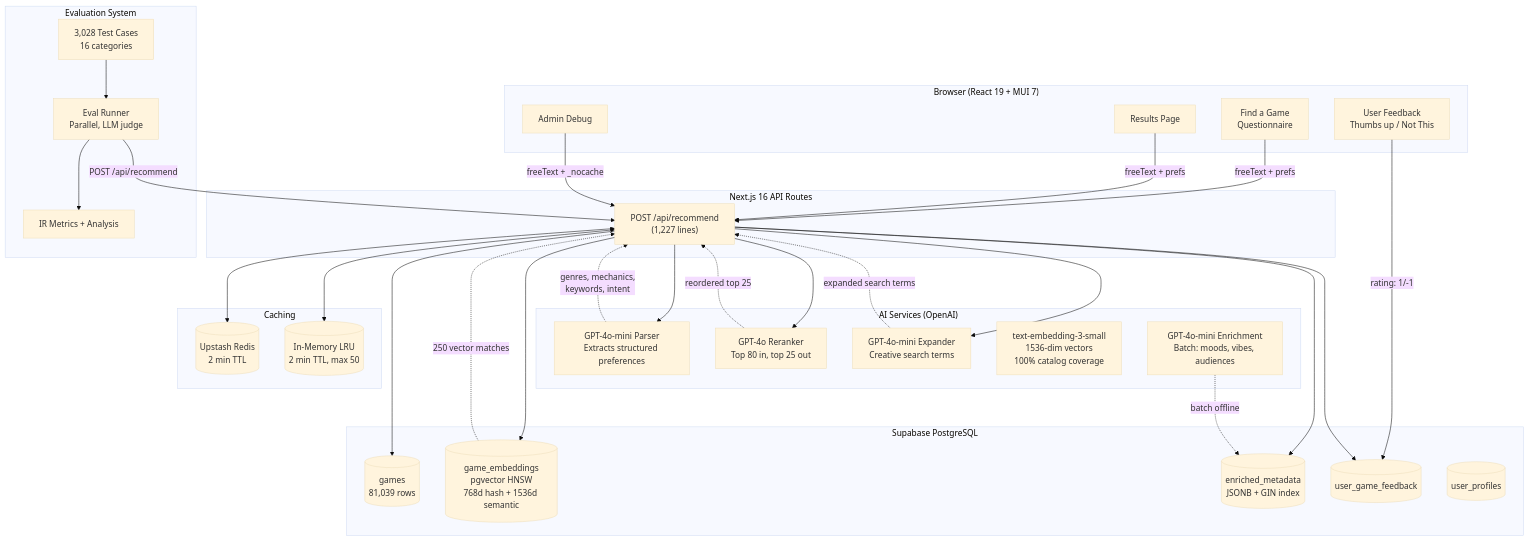
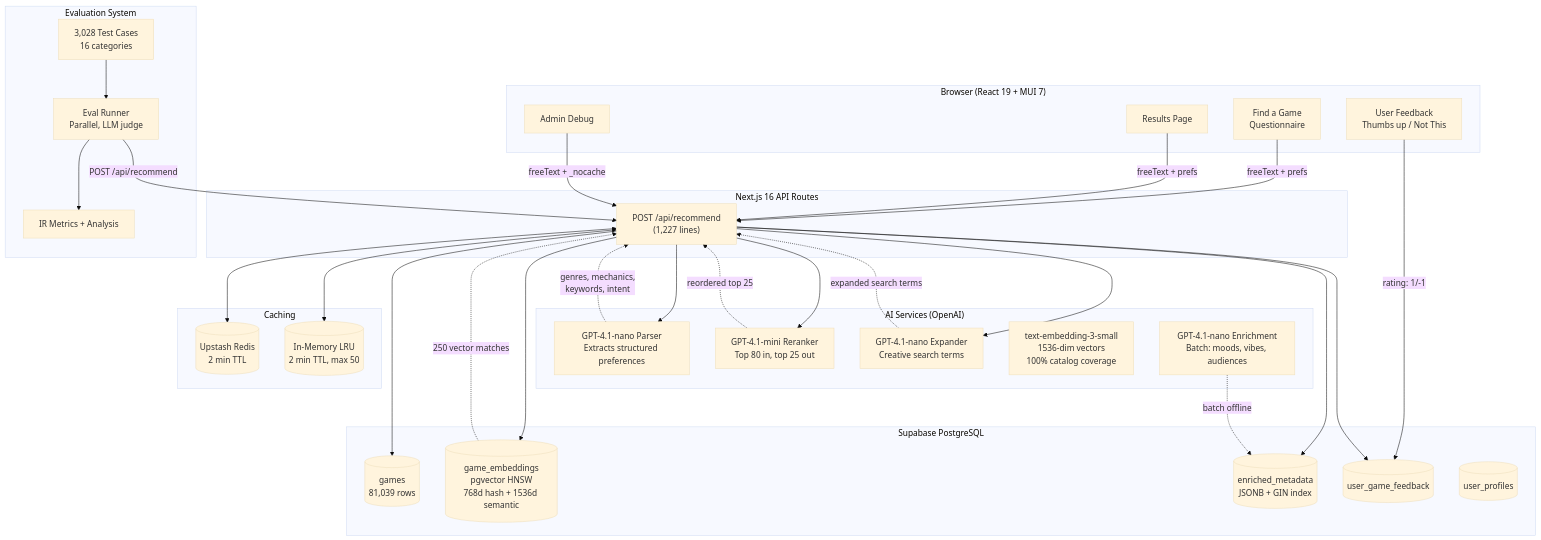
Before and after one commit to stopitdan/recommendagame: the first of 7 diagrams in docs/ARCHITECTURE.md, drawn with Mermaid (base theme). The commit also changed other lines of this file and 20 other files, not shown here.

````diff
--- a/docs/ARCHITECTURE.md
+++ b/docs/ARCHITECTURE.md
@@ -11,66 +11,66 @@
 ```mermaid
 graph TB
     subgraph Client["Browser (React 19 + MUI 7)"]
         QF["Find a Game<br/>Questionnaire"]
         RV["Results Page"]
         FB["User Feedback<br/>Thumbs up / Not This"]
         AD["Admin Debug"]
     end
 
     subgraph API["Next.js 16 API Routes"]
         REC["POST /api/recommend<br/>(1,227 lines)"]
     end
 
     subgraph AI["AI Services (OpenAI)"]
-        LLM_PARSE["GPT-4o-mini Parser<br/>Extracts structured preferences"]
-        LLM_RERANK["GPT-4o Reranker<br/>Top 80 in, top 25 out"]
-        LLM_EXPAND["GPT-4o-mini Expander<br/>Creative search terms"]
+        LLM_PARSE["GPT-4.1-nano Parser<br/>Extracts structured preferences"]
+        LLM_RERANK["GPT-4.1-mini Reranker<br/>Top 80 in, top 25 out"]
+        LLM_EXPAND["GPT-4.1-nano Expander<br/>Creative search terms"]
         EMBED["text-embedding-3-small<br/>1536-dim vectors<br/>100% catalog coverage"]
-        LLM_ENRICH["GPT-4o-mini Enrichment<br/>Batch: moods, vibes, audiences"]
+        LLM_ENRICH["GPT-4.1-nano Enrichment<br/>Batch: moods, vibes, audiences"]
     end
 
     subgraph DB["Supabase PostgreSQL"]
         GAMES[("games<br/>81,039 rows")]
         EMBED_TBL[("game_embeddings<br/>pgvector HNSW<br/>768d hash + 1536d semantic")]
         META[("enriched_metadata<br/>JSONB + GIN index")]
         FEEDBACK[("user_game_feedback")]
         PROFILES[("user_profiles")]
     end
 
     subgraph Cache["Caching"]
         REDIS[("Upstash Redis<br/>2 min TTL")]
         MEM[("In-Memory LRU<br/>2 min TTL, max 50")]
     end
 
     subgraph Eval["Evaluation System"]
         CASES["3,028 Test Cases<br/>16 categories"]
         RUNNER["Eval Runner<br/>Parallel, LLM judge"]
         METRICS["IR Metrics + Analysis"]
     end
 
     QF -->|"freeText + prefs"| REC
     RV -->|"freeText + prefs"| REC
     FB -->|"rating: 1/-1"| FEEDBACK
     AD -->|"freeText + _nocache"| REC
 
     REC --> LLM_PARSE
     REC --> LLM_EXPAND
     REC --> LLM_RERANK
     REC --> EMBED_TBL
     REC --> GAMES
     REC --> META
     REC --> FEEDBACK
 
     LLM_PARSE -.->|"genres, mechanics,<br/>keywords, intent"| REC
     LLM_EXPAND -.->|"expanded search terms"| REC
     LLM_RERANK -.->|"reordered top 25"| REC
     EMBED_TBL -.->|"250 vector matches"| REC
     LLM_ENRICH -.->|"batch offline"| META
 
     REC <--> MEM
     REC <--> REDIS
 
     CASES --> RUNNER
     RUNNER -->|"POST /api/recommend"| REC
     RUNNER --> METRICS
 ```
````
